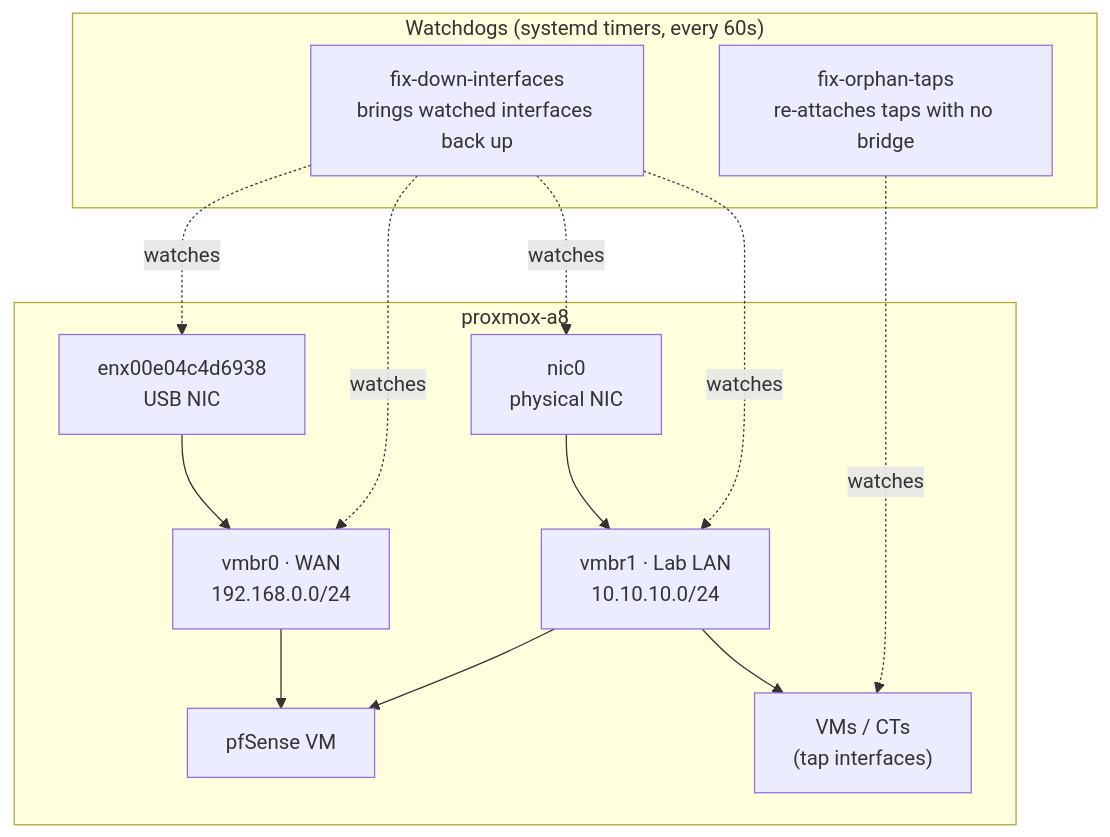
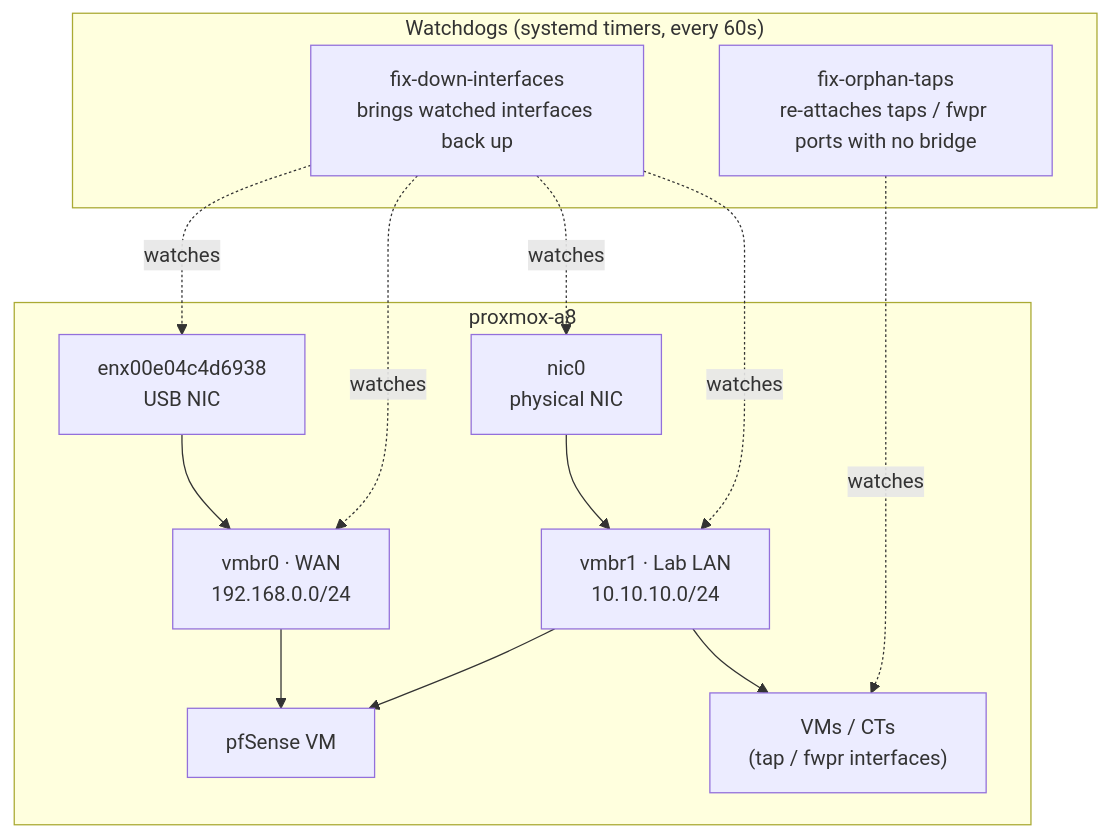
Before and after one commit to ClydeWasEjected/ClydeHomeLab: the first of 3 diagrams in HomeLab/1 - Infrastructure/Proxmox Administration.md, drawn with Mermaid. The commit also changed other lines of this file and 2 other files, not shown here.

First line of the commit message:
fix-orphan-taps: also reattach LXC firewall link (fwpr) ports

````diff
--- a/HomeLab/1 - Infrastructure/Proxmox Administration.md
+++ b/HomeLab/1 - Infrastructure/Proxmox Administration.md
@@ -5,19 +5,19 @@
 ```mermaid
 flowchart TB
     subgraph host["proxmox-a8"]
         usb["enx00e04c4d6938<br/>USB NIC"] --> vmbr0["vmbr0 · WAN<br/>192.168.0.0/24"]
         nic0["nic0<br/>physical NIC"] --> vmbr1["vmbr1 · Lab LAN<br/>10.10.10.0/24"]
         vmbr0 --> pf["pfSense VM"]
         vmbr1 --> pf
-        vmbr1 --> vms["VMs / CTs<br/>(tap interfaces)"]
+        vmbr1 --> vms["VMs / CTs<br/>(tap / fwpr interfaces)"]
     end
     subgraph wd["Watchdogs (systemd timers, every 60s)"]
-        w1["fix-orphan-taps<br/>re-attaches taps with no bridge"]
+        w1["fix-orphan-taps<br/>re-attaches taps / fwpr ports with no bridge"]
         w2["fix-down-interfaces<br/>brings watched interfaces back up"]
     end
     w1 -. "watches" .-> vms
     w2 -. "watches" .-> usb
     w2 -. "watches" .-> nic0
     w2 -. "watches" .-> vmbr0
     w2 -. "watches" .-> vmbr1
 ```
````
